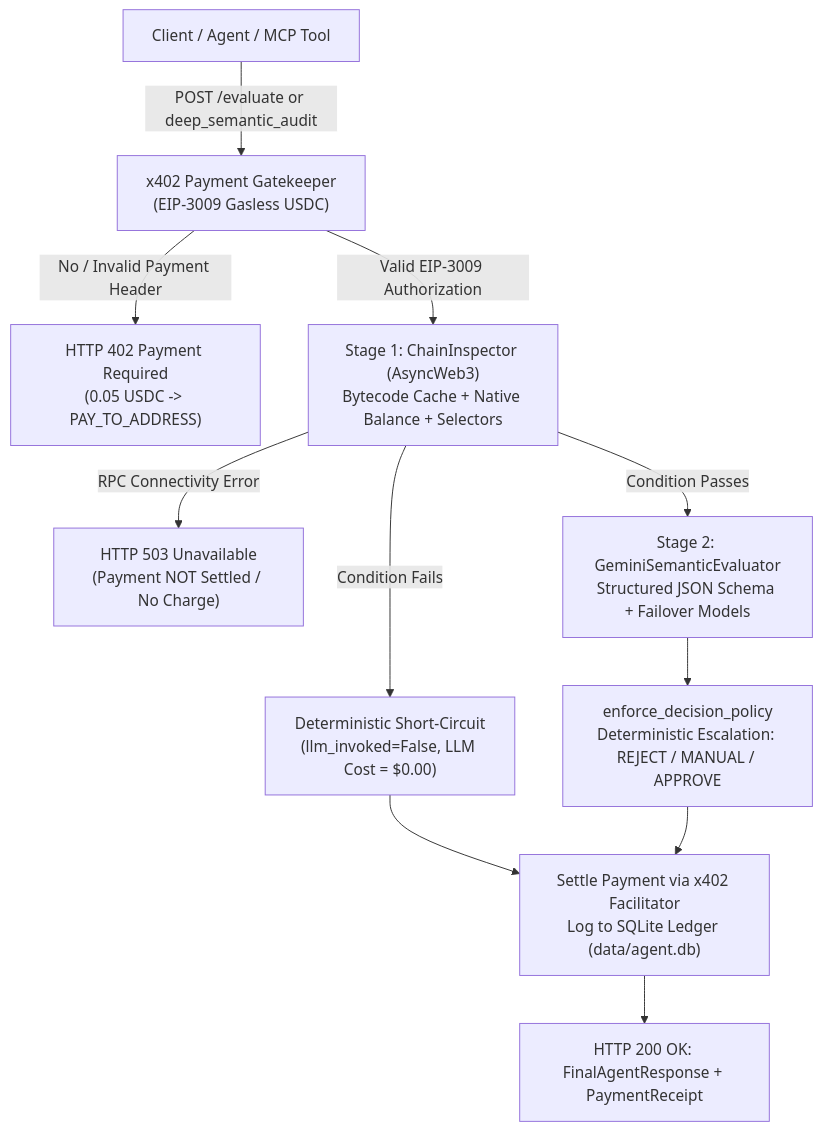
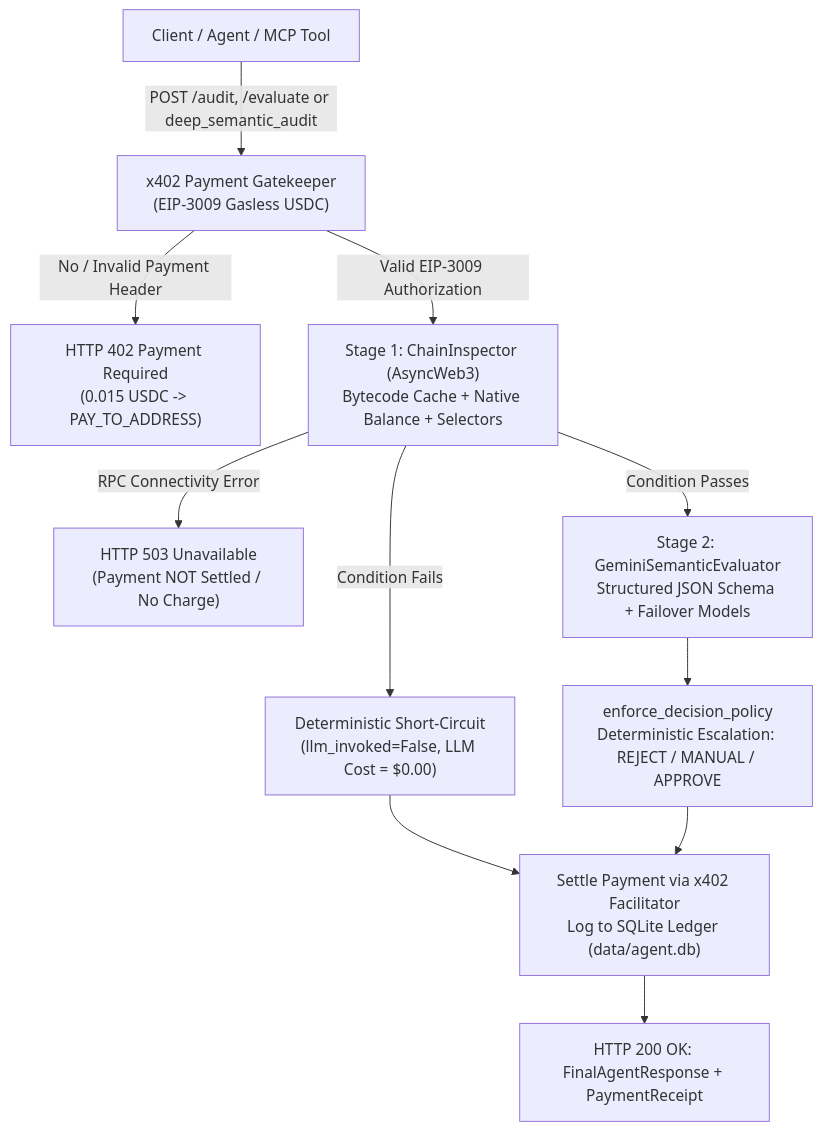
The diagram in README.md (RafaCoelho33/web3-systemic-agent), drawn with Mermaid before and after one commit. The commit also changed other lines of this file, not shown here.

````diff
--- a/README.md
+++ b/README.md
@@ -228,13 +231,13 @@
 ```mermaid
 flowchart TD
-    Client["Client / Agent / MCP Tool"] -->|POST /evaluate or deep_semantic_audit| Gate["x402 Payment Gatekeeper\n(EIP-3009 Gasless USDC)"]
-    Gate -->|No / Invalid Payment Header| R402["HTTP 402 Payment Required\n(0.05 USDC -> PAY_TO_ADDRESS)"]
+    Client["Client / Agent / MCP Tool"] -->|POST /audit, /evaluate or deep_semantic_audit| Gate["x402 Payment Gatekeeper\n(EIP-3009 Gasless USDC)"]
+    Gate -->|No / Invalid Payment Header| R402["HTTP 402 Payment Required\n(0.015 USDC -> PAY_TO_ADDRESS)"]
     Gate -->|Valid EIP-3009 Authorization| S1["Stage 1: ChainInspector (AsyncWeb3)\nBytecode Cache + Native Balance + Selectors"]
     S1 -->|Condition Fails| ShortCircuit["Deterministic Short-Circuit\n(llm_invoked=False, LLM Cost = $0.00)"]
     S1 -->|RPC Connectivity Error| Err503["HTTP 503 Unavailable\n(Payment NOT Settled / No Charge)"]
     S1 -->|Condition Passes| S2["Stage 2: GeminiSemanticEvaluator\nStructured JSON Schema + Failover Models"]
     S2 --> Policy["enforce_decision_policy\nDeterministic Escalation: REJECT / MANUAL / APPROVE"]
     ShortCircuit --> Settle["Settle Payment via x402 Facilitator\nLog to SQLite Ledger (data/agent.db)"]
     Policy --> Settle
     Settle --> Resp["HTTP 200 OK: FinalAgentResponse + PaymentReceipt"]
 ```
````
